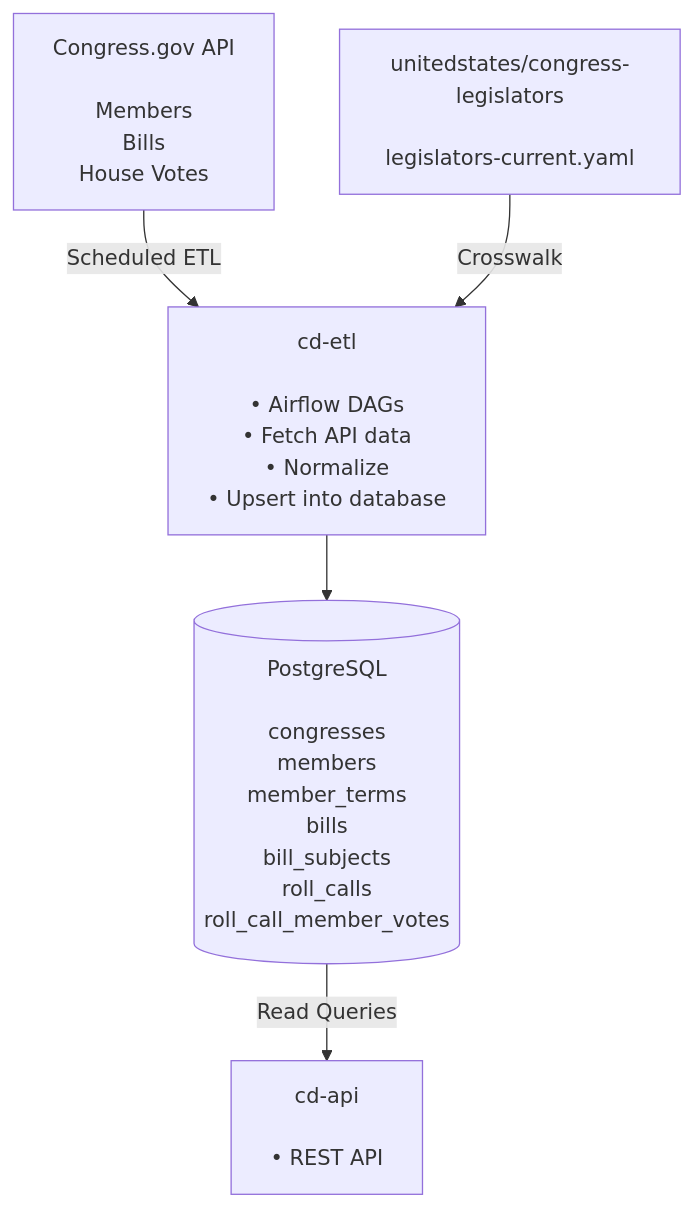
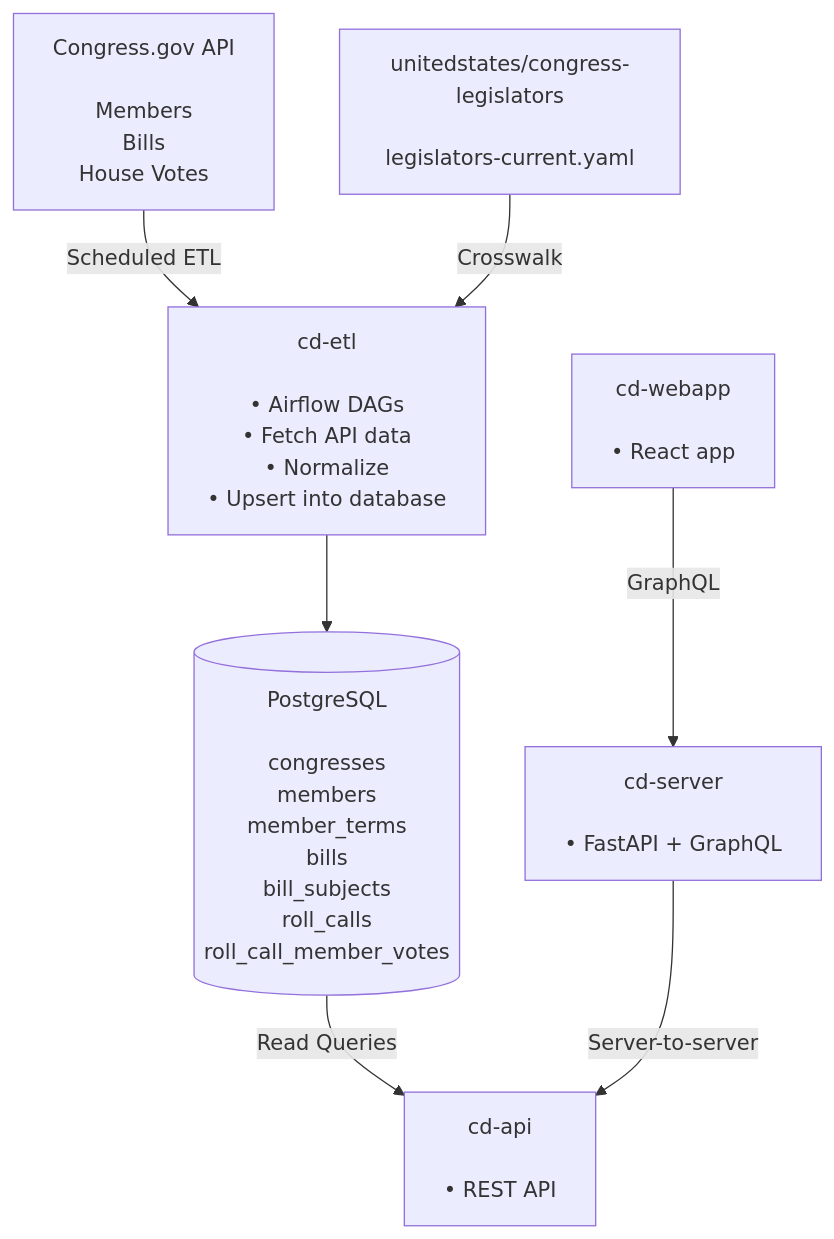
One commit to rchacon/cd-platform changed the diagram in README.md. Above: the diagram before and after it, drawn with Mermaid. The commit also changed 2 other files, not shown here.

Commit message:
Document cd-server in AGENTS.md, root README, and the pre-push hook
Adds cd-server to AGENTS.md's Architecture/Commands sections (including
the future DB/API-key/billing/ECS intent so the scaffold's purpose is
clear before those features land), extends the root README's
architecture diagram with cd-webapp -> cd-server -> cd-api, and
registers a cd-server-v: entry in the pre-push tag-version check.

Also fixes stale flat-path references to cd-etl/cd-api source files in
AGENTS.md's Architecture section, left over from the earlier cd.<component>
namespace-package migration (PRs #56/#58) which updated the code but not
this prose.

````diff
--- a/README.md
+++ b/README.md
@@ -7,7 +7,9 @@
 ```mermaid
 graph TD
     A["Congress.gov API<br/><br/>Members<br/>Bills<br/>House Votes"] -->|Scheduled ETL| B["cd-etl<br/><br/>• Airflow DAGs<br/>• Fetch API data<br/>• Normalize<br/>• Upsert into database"]
     E["unitedstates/congress-legislators<br/><br/>legislators-current.yaml"] -->|Crosswalk| B
     B --> C[("PostgreSQL<br/><br/>congresses<br/>members<br/>member_terms<br/>bills<br/>bill_subjects<br/>roll_calls<br/>roll_call_member_votes")]
     C -->|Read Queries| D["cd-api<br/><br/>• REST API"]
+    F["cd-webapp<br/><br/>• React app"] -->|GraphQL| G["cd-server<br/><br/>• FastAPI + GraphQL"]
+    G -->|Server-to-server| D
 ```
````
